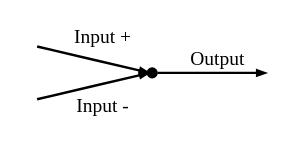
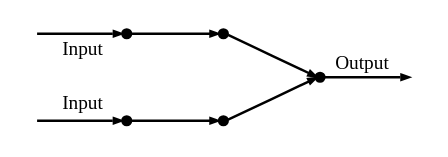
Before and after one commit to Jegp/thesis: the diagram in report/chapters/volr/example1.dot, drawn with Graphviz. The commit also changed 13 other files, not shown here.

```diff
--- a/report/chapters/volr/example1.dot
+++ b/report/chapters/volr/example1.dot
@@ -1,15 +1,19 @@
 digraph example1 {
     rankdir = "LR";
     ratio=0.25;
     graph [margin=0];
     edge [arrowsize=0.3, labelfontsize=8];
     node [shape=point, width=0.05];
 
-    s_0, s_1, o_1 [color=white, label=" "];
+    i_0, i_1, o_1 [color=white, label=" "];
 
-    s_0 -> p_0 [taillabel="Input +", labelangle=20, labeldistance=2.7];
-    s_1 -> p_0 [taillabel="Input -", labelangle=-20, labeldistance=2.7];
+    i_0 -> s_0 [taillabel="Input", labelangle=-20, labeldistance=2];
+    i_1 -> s_1 [taillabel="Input", labelangle=20, labeldistance=2];
+    s_0 -> s_01;
+    s_1 -> s_11;
+    s_01 -> p_0 [weight=2];
+    s_11 -> p_0 [weight=2];
 
     p_0 -> o_1 [headlabel="Output", labelangle=-15, labeldistance=2];
 
 }
```
